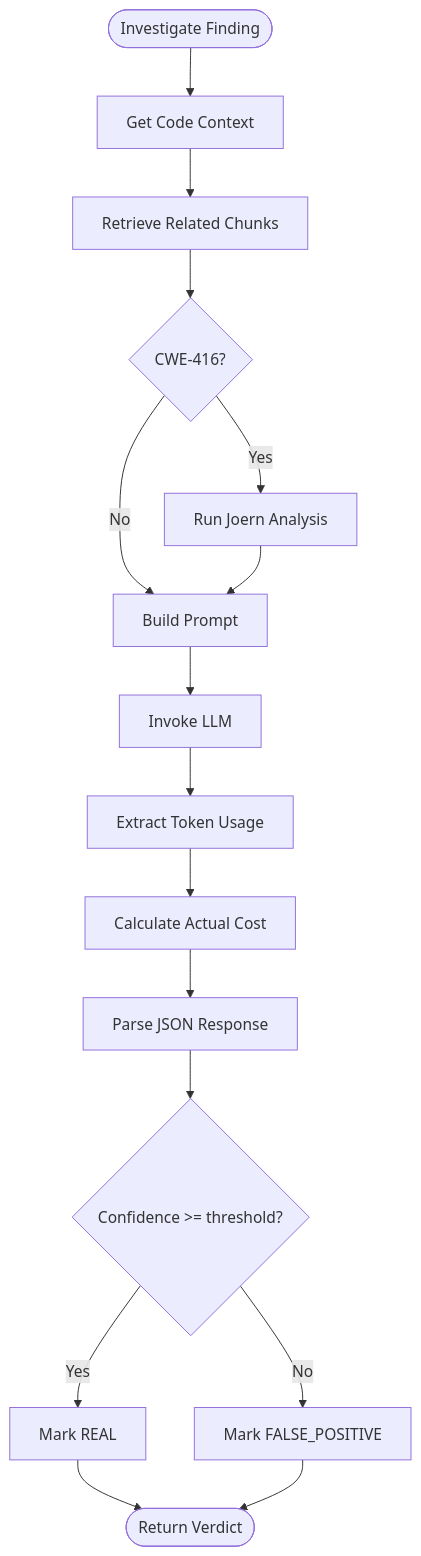
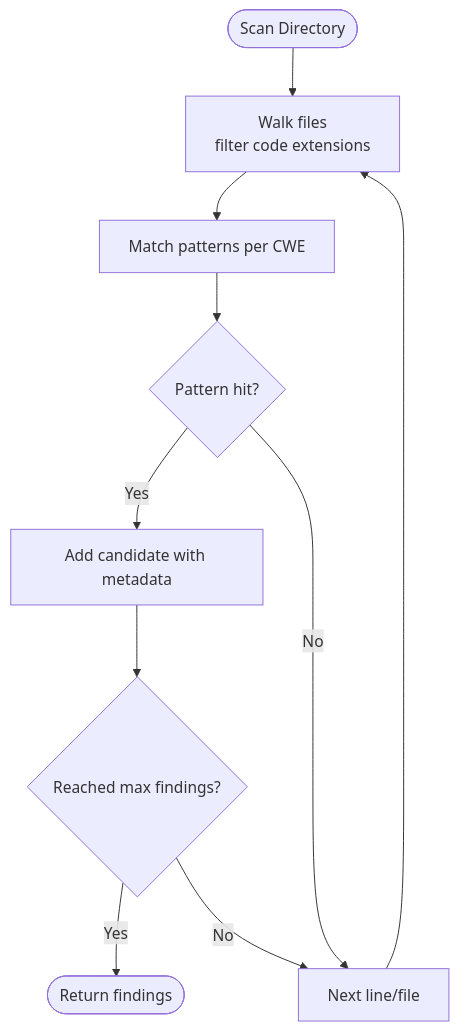
One commit to keysight-anya/AutoPoV changed the third of 5 diagrams in .qoder/repowiki/en/content/Vulnerability Detection/Vulnerability Detection.md. Above: the diagram before and after it, drawn with Mermaid. The commit also changed other lines of this file and 218 other files, not shown here.

````diff
--- a/.qoder/repowiki/en/content/Vulnerability Detection/Vulnerability Detection.md
+++ b/.qoder/repowiki/en/content/Vulnerability Detection/Vulnerability Detection.md
@@ -283,18 +220,12 @@
 ```mermaid
 flowchart TD
-Start(["Investigate Finding"]) --> GetCtx["Get Code Context"]
-GetCtx --> GetRAG["Retrieve Related Chunks"]
-GetRAG --> MaybeCPG{"CWE-416?"}
-MaybeCPG --> |Yes| RunJoern["Run Joern Analysis"]
-MaybeCPG --> |No| BuildPrompt["Build Prompt"]
-RunJoern --> BuildPrompt
-BuildPrompt --> CallLLM["Invoke LLM"]
-CallLLM --> ExtractUsage["Extract Token Usage"]
-ExtractUsage --> CalcCost["Calculate Actual Cost"]
-CalcCost --> ParseJSON["Parse JSON Response"]
-ParseJSON --> Threshold{"Confidence >= threshold?"}
-Threshold --> |Yes| MarkReal["Mark REAL"]
-Threshold --> |No| MarkFP["Mark FALSE_POSITIVE"]
-MarkReal --> End(["Return Verdict"])
-MarkFP --> End
+Start(["Scan Directory"]) --> Walk["Walk files<br/>filter code extensions"]
+Walk --> Match["Match patterns per CWE"]
+Match --> Found{"Pattern hit?"}
+Found --> |Yes| Add["Add candidate with metadata"]
+Found --> |No| Next["Next line/file"]
+Add --> Limit{"Reached max findings?"}
+Limit --> |Yes| End(["Return findings"])
+Limit --> |No| Next
+Next --> Walk
 ```
````
